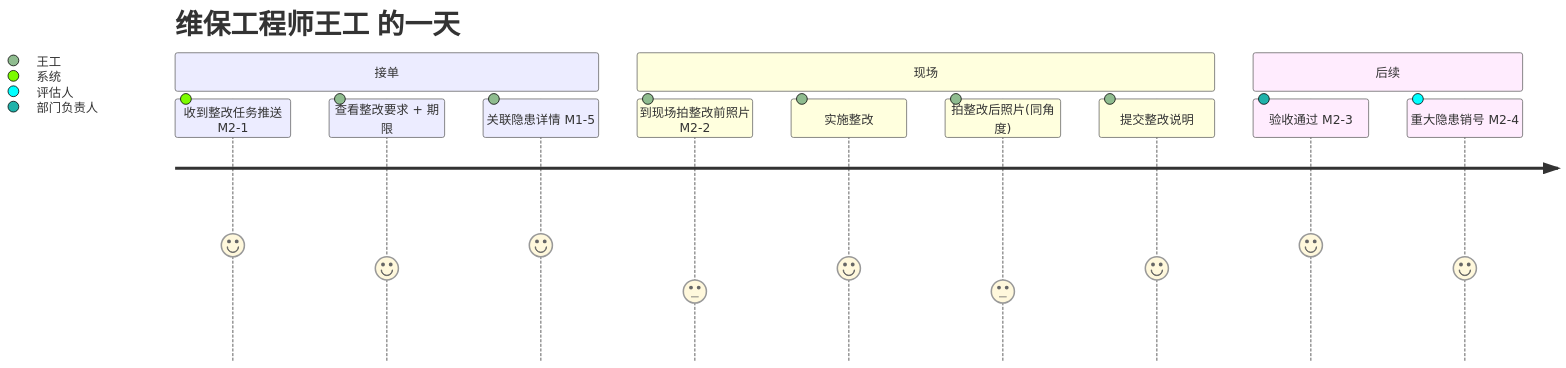
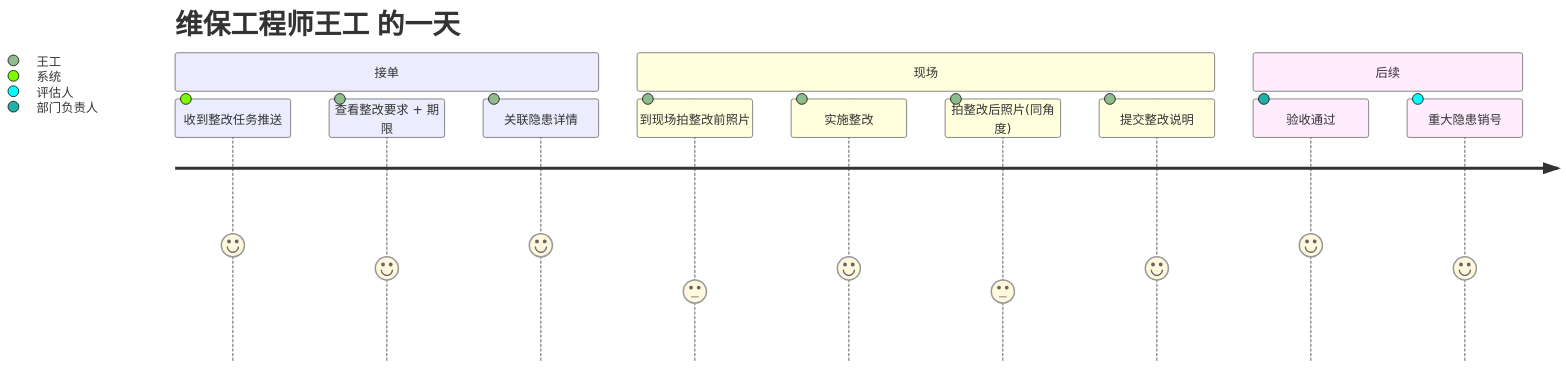
Before and after one commit to LiSunny/SaaS_Demo: the seventh of 8 diagrams in docs/隐患管理/biz-design-大纲.md, drawn with Mermaid. The commit also changed other lines of this file and 2 other files, not shown here.

````diff
--- a/docs/隐患管理/biz-design-大纲.md
+++ b/docs/隐患管理/biz-design-大纲.md
@@ -531,16 +510,16 @@
 ```mermaid
 journey
     title 维保工程师王工 的一天
     section 接单
-      收到整改任务推送 M2-1: 5: 系统
+      收到整改任务推送: 5: 系统
       查看整改要求 + 期限: 4: 王工
-      关联隐患详情 M1-5: 5: 王工
+      关联隐患详情: 5: 王工
     section 现场
-      到现场拍整改前照片 M2-2: 3: 王工
+      到现场拍整改前照片: 3: 王工
       实施整改: 4: 王工
       拍整改后照片(同角度): 3: 王工
       提交整改说明: 4: 王工
     section 后续
-      验收通过 M2-3: 5: 部门负责人
-      重大隐患销号 M2-4: 4: 评估人
+      验收通过: 5: 部门负责人
+      重大隐患销号: 4: 评估人
 ```
````
